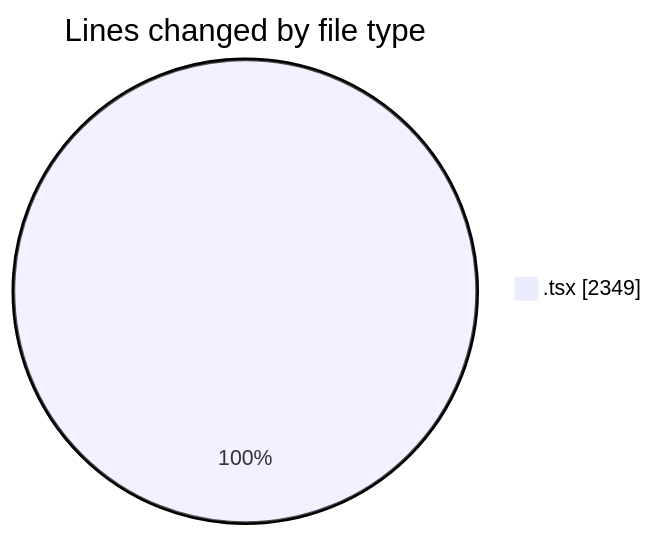
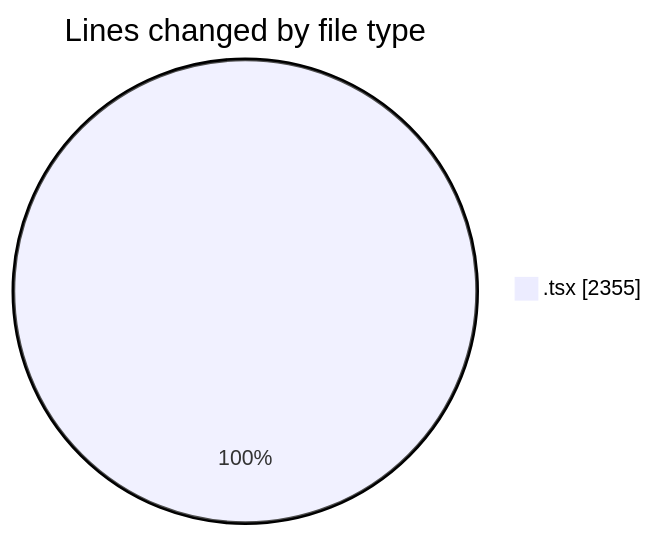
The first of 2 diagrams in 2026-05-08/nxtqube_webapp/README.md (nxtqubesakshisongat/code-tracking), drawn with Mermaid before and after one commit. The commit also changed other lines of this file and 1 other file, not shown here.

````diff
--- a/2026-05-08/nxtqube_webapp/README.md
+++ b/2026-05-08/nxtqube_webapp/README.md
@@ -20,5 +20,5 @@
 ```mermaid
 pie showData
 title Lines changed by file type
-".tsx" : 2349
+".tsx" : 2355
 ```
````
